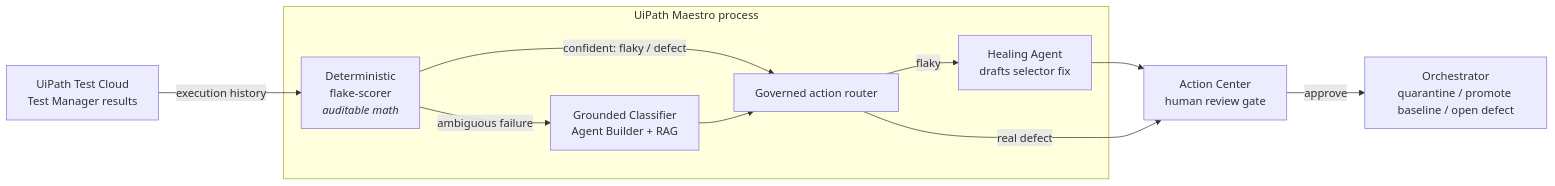
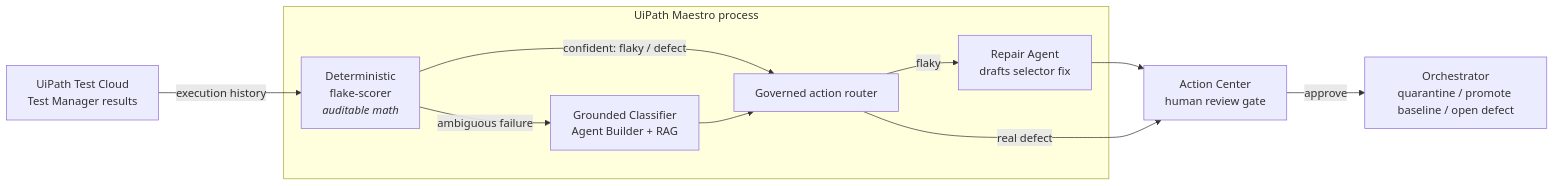
The diagram in README.md (JonathanSolvesProblems/flakewarden), drawn with Mermaid before and after one commit. The commit also changed other lines of this file and 21 other files, not shown here.

````diff
--- a/README.md
+++ b/README.md
@@ -51,14 +62,14 @@
 ```mermaid
 flowchart LR
     TC[UiPath Test Cloud<br/>Test Manager results] -->|execution history| SC
     subgraph MAESTRO[UiPath Maestro process]
         SC[Deterministic<br/>flake-scorer<br/><i>auditable math</i>]
         SC -->|confident: flaky / defect| ACT
         SC -->|ambiguous failure| CL[Grounded Classifier<br/>Agent Builder + RAG]
         CL --> ACT[Governed action router]
-        ACT -->|flaky| HEAL[Healing Agent<br/>drafts selector fix]
+        ACT -->|flaky| HEAL[Repair Agent<br/>drafts selector fix]
     end
     HEAL --> AC[Action Center<br/>human review gate]
     ACT -->|real defect| AC
     AC -->|approve| ORCH[Orchestrator<br/>quarantine / promote baseline / open defect]
 ```
````
